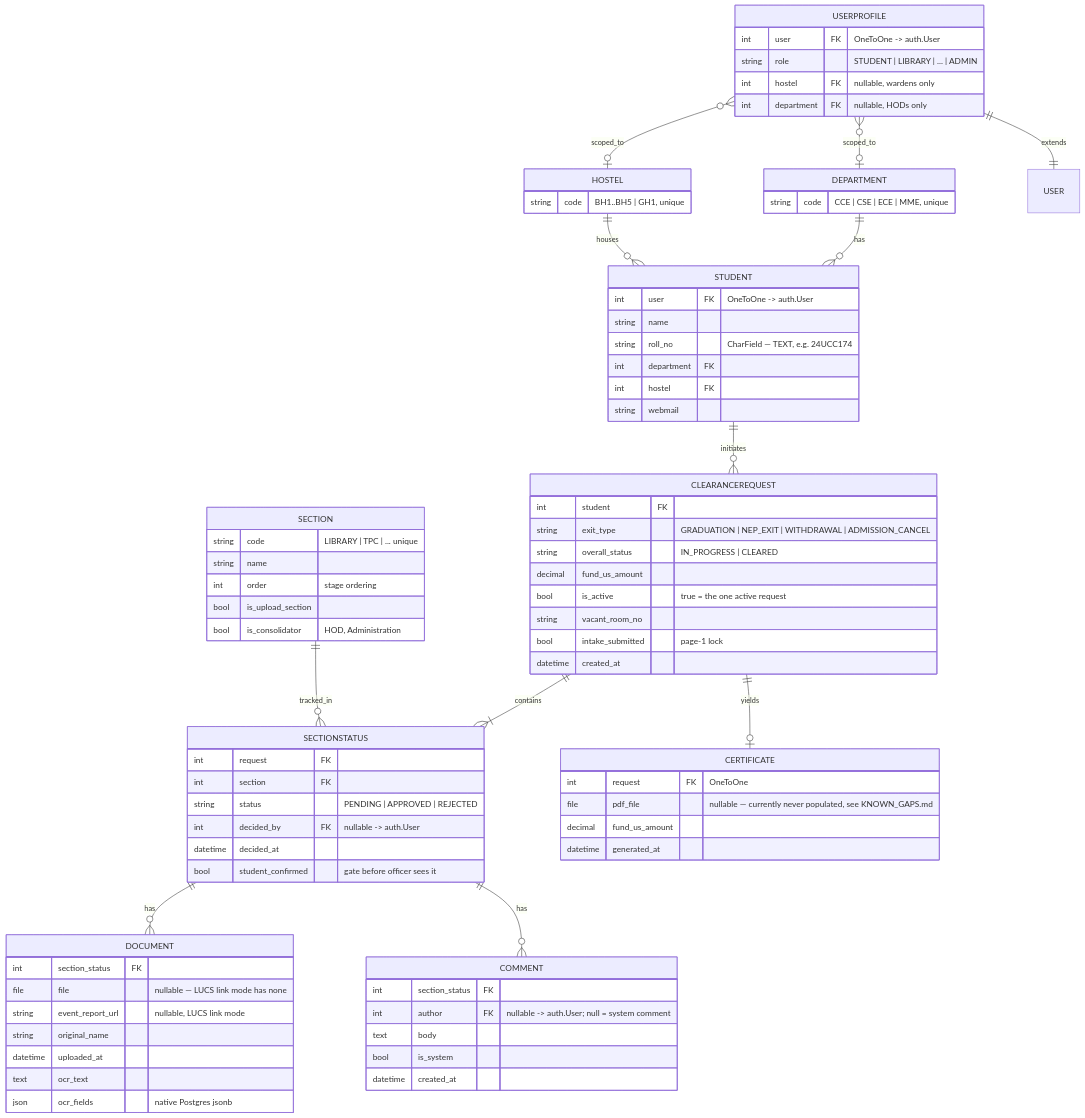
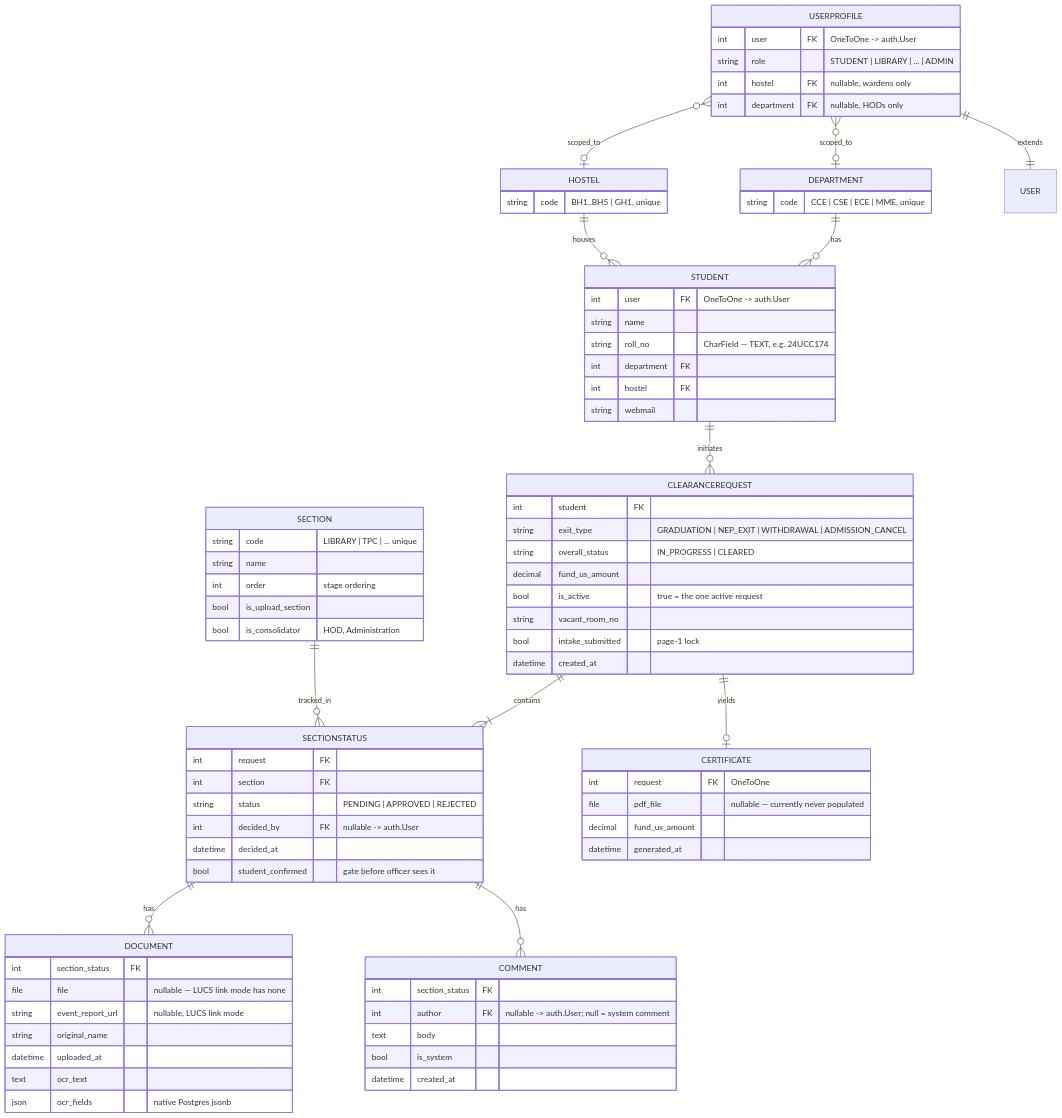
Before and after one commit to manashatwar/LNMIIT-NO-DUES-PORTAL: the diagram in docs/DATA_MODEL.md, drawn with Mermaid. The commit also changed other lines of this file and 9 other files, not shown here.

Commit message:
refactor: clean up documentation and comments; remove references to KNOWN_GAPS.md

````diff
--- a/docs/DATA_MODEL.md
+++ b/docs/DATA_MODEL.md
@@ -7,82 +7,82 @@
 ```mermaid
 erDiagram
     DEPARTMENT ||--o{ STUDENT : has
     HOSTEL ||--o{ STUDENT : houses
     STUDENT ||--o{ CLEARANCEREQUEST : initiates
     CLEARANCEREQUEST ||--|{ SECTIONSTATUS : contains
     SECTION ||--o{ SECTIONSTATUS : tracked_in
     SECTIONSTATUS ||--o{ DOCUMENT : has
     SECTIONSTATUS ||--o{ COMMENT : has
     CLEARANCEREQUEST ||--o| CERTIFICATE : yields
     USERPROFILE }o--o| HOSTEL : scoped_to
     USERPROFILE }o--o| DEPARTMENT : scoped_to
     USERPROFILE ||--|| USER : extends
 
     DEPARTMENT {
         string code "CCE | CSE | ECE | MME, unique"
     }
     HOSTEL {
         string code "BH1..BH5 | GH1, unique"
     }
     SECTION {
         string code "LIBRARY | TPC | ... unique"
         string name
         int order "stage ordering"
         bool is_upload_section
         bool is_consolidator "HOD, Administration"
     }
     USERPROFILE {
         int user FK "OneToOne -> auth.User"
         string role "STUDENT | LIBRARY | ... | ADMIN"
         int hostel FK "nullable, wardens only"
         int department FK "nullable, HODs only"
     }
     STUDENT {
         int user FK "OneToOne -> auth.User"
         string name
         string roll_no "CharField — TEXT, e.g. 24UCC174"
         int department FK
         int hostel FK
         string webmail
     }
     CLEARANCEREQUEST {
         int student FK
         string exit_type "GRADUATION | NEP_EXIT | WITHDRAWAL | ADMISSION_CANCEL"
         string overall_status "IN_PROGRESS | CLEARED"
         decimal fund_us_amount
         bool is_active "true = the one active request"
         string vacant_room_no
         bool intake_submitted "page-1 lock"
         datetime created_at
     }
     SECTIONSTATUS {
         int request FK
         int section FK
         string status "PENDING | APPROVED | REJECTED"
         int decided_by FK "nullable -> auth.User"
         datetime decided_at
         bool student_confirmed "gate before officer sees it"
     }
     DOCUMENT {
         int section_status FK
         file file "nullable — LUCS link mode has none"
         string event_report_url "nullable, LUCS link mode"
         string original_name
         datetime uploaded_at
         text ocr_text
         json ocr_fields "native Postgres jsonb"
     }
     COMMENT {
         int section_status FK
         int author FK "nullable -> auth.User; null = system comment"
         text body
         bool is_system
         datetime created_at
     }
     CERTIFICATE {
         int request FK "OneToOne"
-        file pdf_file "nullable — currently never populated, see KNOWN_GAPS.md"
+        file pdf_file "nullable — currently never populated"
         decimal fund_us_amount
         datetime generated_at
     }
 ```
````
